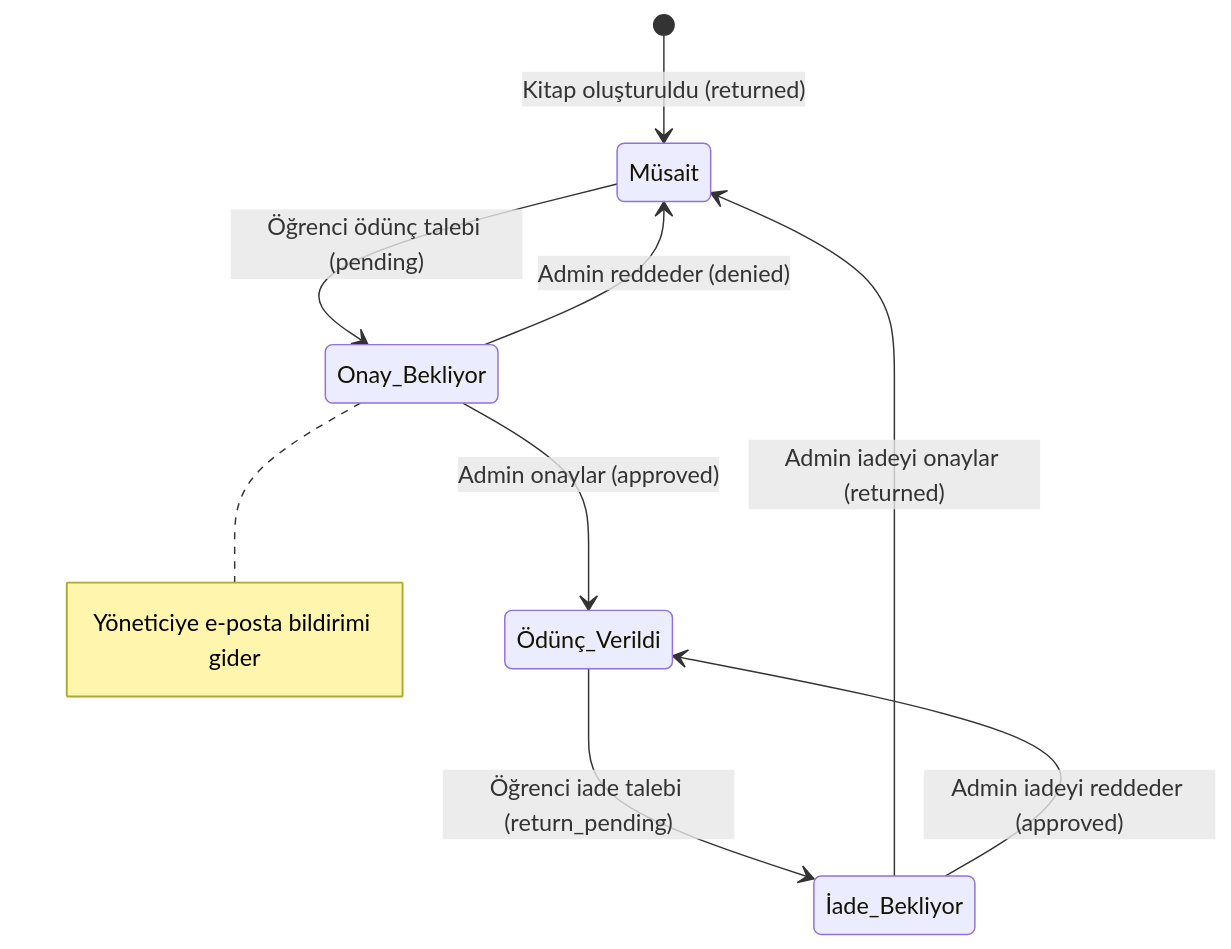
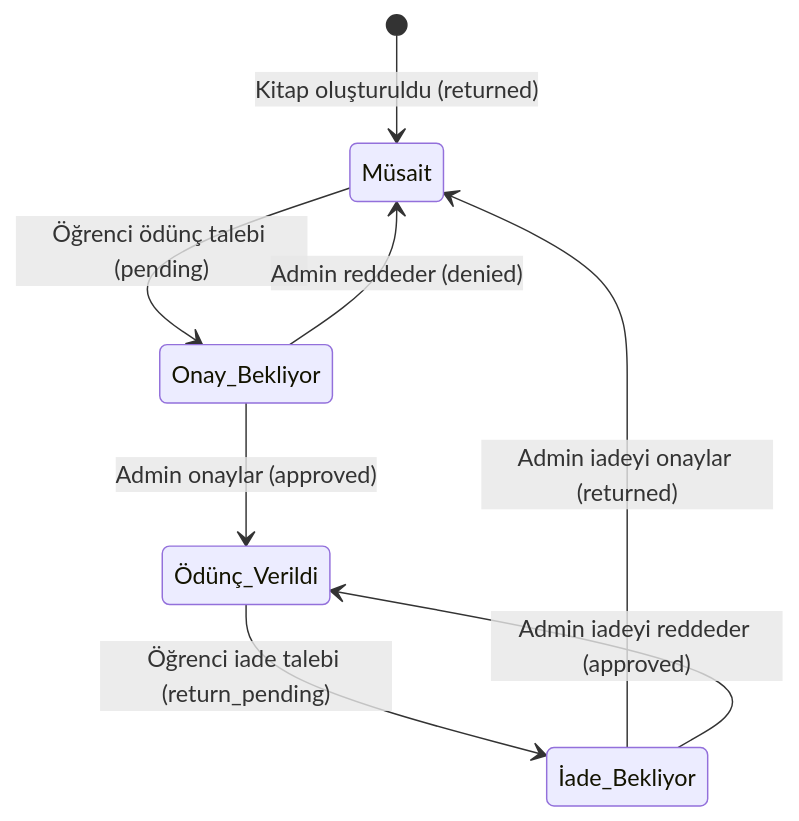
One commit to Woffluon/skallibrary changed the diagram in README.md. Above: the diagram before and after it, drawn with Mermaid. The commit also changed 4 other files, not shown here.

````diff
--- a/README.md
+++ b/README.md
@@ -7,16 +7,13 @@
 ```mermaid
 stateDiagram-v2
     [*] --> Müsait: Kitap oluşturuldu (returned)
 
     Müsait --> Onay_Bekliyor: Öğrenci ödünç talebi (pending)
-    note right of Onay_Bekliyor
-        Yöneticiye e-posta bildirimi gider
-    end note
 
     Onay_Bekliyor --> Ödünç_Verildi: Admin onaylar (approved)
     Onay_Bekliyor --> Müsait: Admin reddeder (denied)
 
     Ödünç_Verildi --> İade_Bekliyor: Öğrenci iade talebi (return_pending)
     İade_Bekliyor --> Müsait: Admin iadeyi onaylar (returned)
     İade_Bekliyor --> Ödünç_Verildi: Admin iadeyi reddeder (approved)
 ```
````
